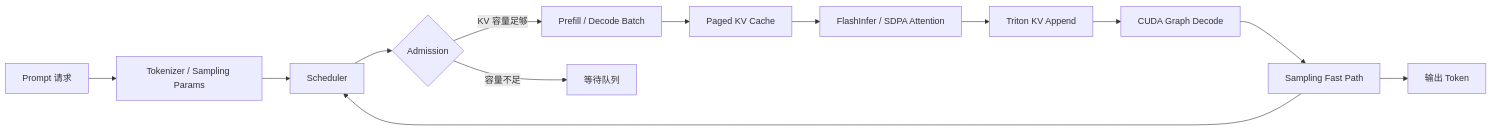
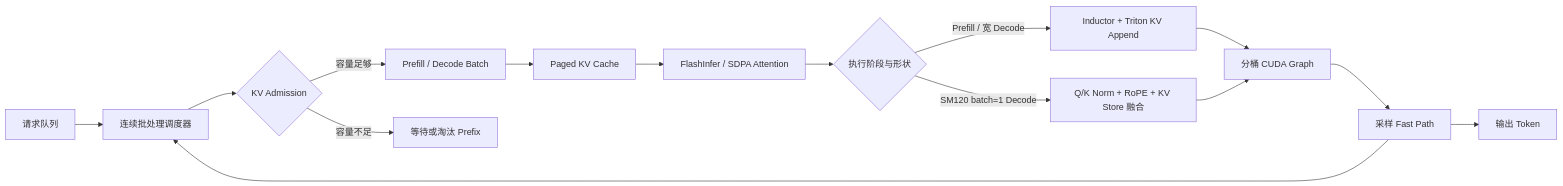
Before and after one commit to FILWYZ/nano-vllm-sm120-optimized: the diagram in README.md, drawn with Mermaid. The commit also changed other lines of this file and 1 other file, not shown here.

````diff
--- a/README.md
+++ b/README.md
@@ -37,15 +48,17 @@
 ```mermaid
 flowchart LR
-    A[Prompt 请求] --> B[Tokenizer / Sampling Params]
-    B --> C[Scheduler]
-    C --> D{Admission}
-    D -->|KV 容量足够| E[Prefill / Decode Batch]
-    D -->|容量不足| F[等待队列]
-    E --> G[Paged KV Cache]
-    G --> H[FlashInfer / SDPA Attention]
-    H --> I[Triton KV Append]
-    I --> J[CUDA Graph Decode]
-    J --> K[Sampling Fast Path]
-    K --> C
-    K --> L[输出 Token]
+    A["请求队列"] --> B["连续批处理调度器"]
+    B --> C{"KV Admission"}
+    C -->|"容量足够"| D["Prefill / Decode Batch"]
+    C -->|"容量不足"| E["等待或淘汰 Prefix"]
+    D --> F["Paged KV Cache"]
+    F --> G["FlashInfer / SDPA Attention"]
+    G --> H{"执行阶段与形状"}
+    H -->|"Prefill / 宽 Decode"| I["Inductor + Triton KV Append"]
+    H -->|"SM120 batch=1 Decode"| J["Q/K Norm + RoPE + KV Store 融合"]
+    I --> K["分桶 CUDA Graph"]
+    J --> K
+    K --> L["采样 Fast Path"]
+    L --> B
+    L --> M["输出 Token"]
 ```
````
